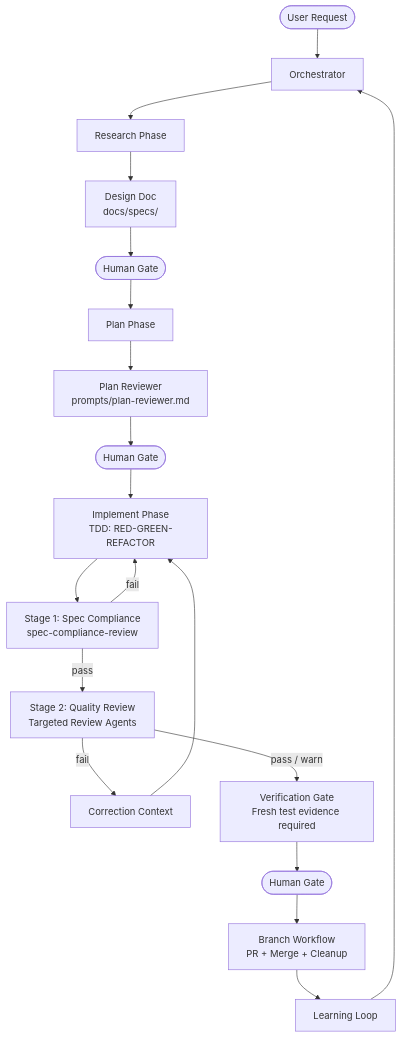
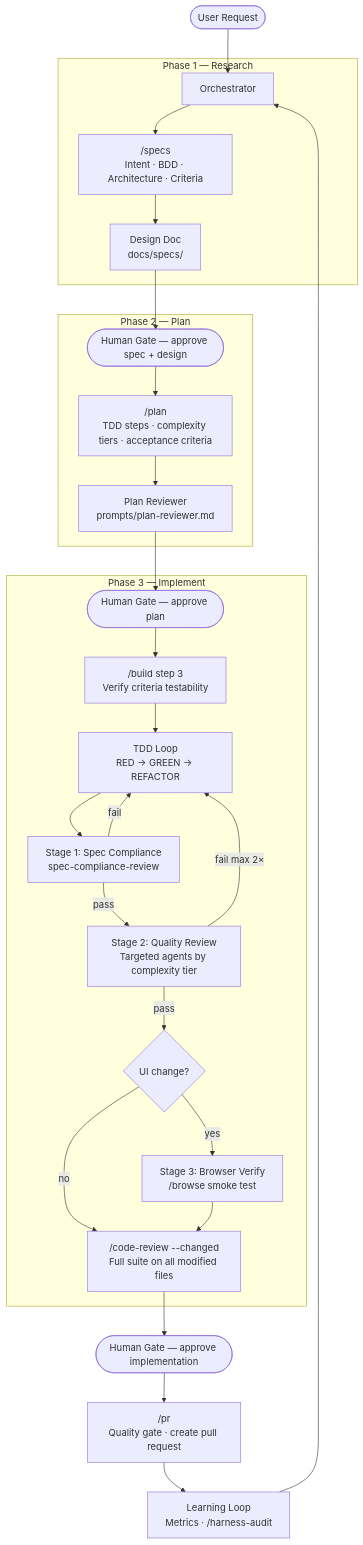
The second of 2 diagrams in README.md (bdfinst/agentic-dev-team), drawn with Mermaid before and after one commit. The commit also changed other lines of this file and 14 other files, not shown here.

First line of the commit message:
Apply harness design improvements from Anthropic research

````diff
--- a/README.md
+++ b/README.md
@@ -52,21 +52,36 @@
 ```mermaid
 flowchart TD
     U([User Request]) --> O[Orchestrator]
-    O --> R[Research Phase]
-    R --> DD[Design Doc\ndocs/specs/]
-    DD --> HG1([Human Gate])
-    HG1 --> PL[Plan Phase]
-    PL --> PR[Plan Reviewer\nprompts/plan-reviewer.md]
-    PR --> HG2([Human Gate])
-    HG2 --> IM[Implement Phase\nTDD: RED-GREEN-REFACTOR]
-    IM --> SC[Stage 1: Spec Compliance\nspec-compliance-review]
-    SC -->|fail| IM
-    SC -->|pass| QR[Stage 2: Quality Review\nTargeted Review Agents]
-    QR -->|fail| RF[Correction Context]
-    RF --> IM
-    QR -->|pass / warn| VBC[Verification Gate\nFresh test evidence required]
-    VBC --> HG3([Human Gate])
-    HG3 --> BW[Branch Workflow\nPR + Merge + Cleanup]
-    BW --> LL[Learning Loop]
+
+    subgraph "Phase 1 — Research"
+        O --> SP["/specs\nIntent · BDD · Architecture · Criteria"]
+        SP --> DD["Design Doc\ndocs/specs/"]
+    end
+
+    DD --> HG1([Human Gate — approve spec + design])
+
+    subgraph "Phase 2 — Plan"
+        HG1 --> PL["/plan\nTDD steps · complexity tiers · acceptance criteria"]
+        PL --> PR["Plan Reviewer\nprompts/plan-reviewer.md"]
+    end
+
+    PR --> HG2([Human Gate — approve plan])
+
+    subgraph "Phase 3 — Implement"
+        HG2 --> CV["/build step 3\nVerify criteria testability"]
+        CV --> IM["TDD Loop\nRED → GREEN → REFACTOR"]
+        IM --> SC["Stage 1: Spec Compliance\nspec-compliance-review"]
+        SC -->|fail| IM
+        SC -->|pass| QR["Stage 2: Quality Review\nTargeted agents by complexity tier"]
+        QR -->|fail max 2×| IM
+        QR -->|pass| BV{"UI change?"}
+        BV -->|yes| BR["Stage 3: Browser Verify\n/browse smoke test"]
+        BV -->|no| CR
+        BR --> CR["/code-review --changed\nFull suite on all modified files"]
+    end
+
+    CR --> HG3([Human Gate — approve implementation])
+    HG3 --> PRR["/pr\nQuality gate · create pull request"]
+    PRR --> LL["Learning Loop\nMetrics · /harness-audit"]
     LL --> O
 ```
````
